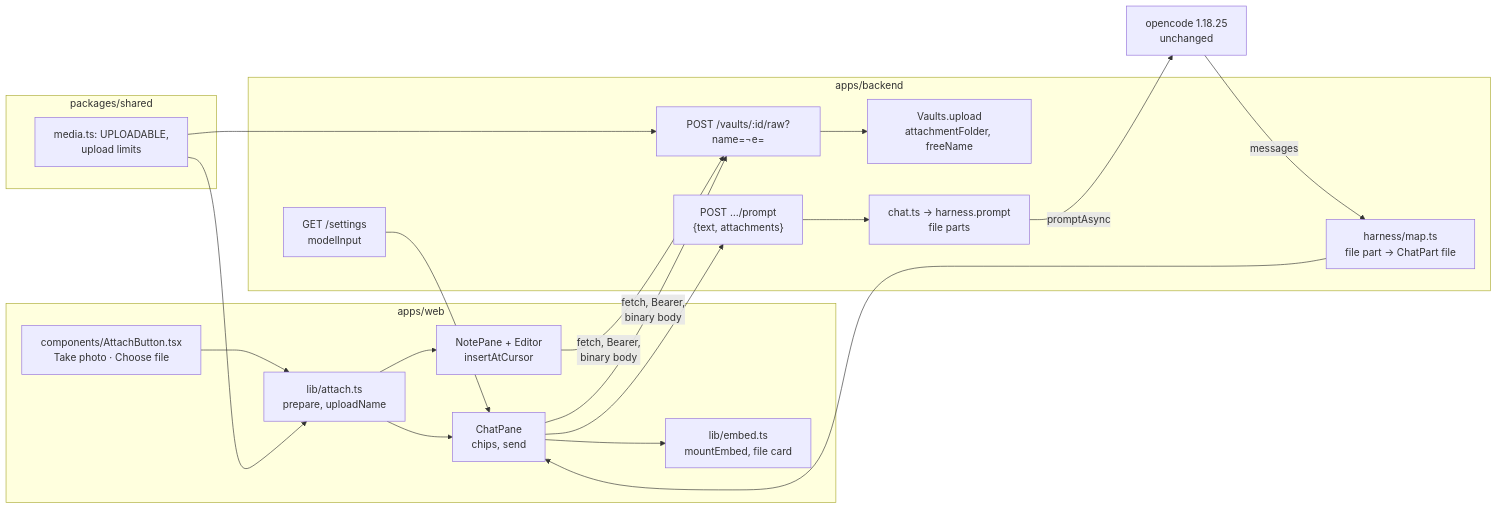
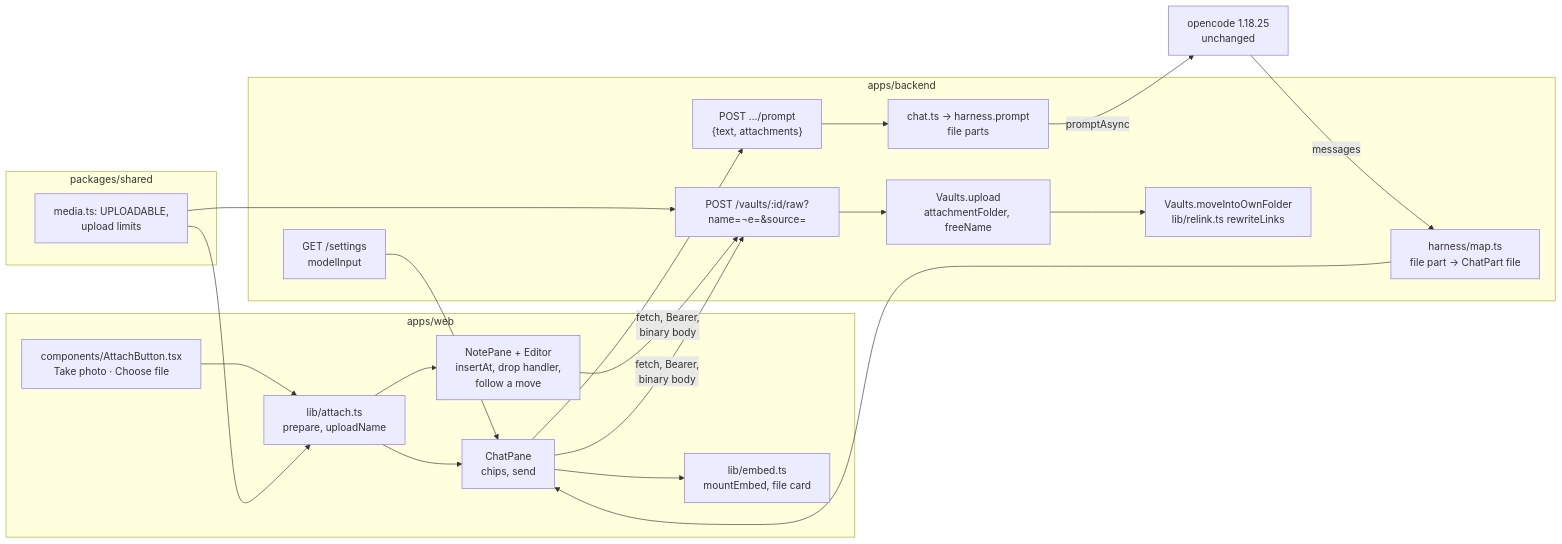
The first of 3 diagrams in specs/changes/attachments/architecture.md (tillg/karpathy.app), drawn with Mermaid before and after one commit. The commit also changed other lines of this file and 3 other files, not shown here.

First line of the commit message:
spec(attachments): own-folder rule, page move, drag and drop

````diff
--- a/specs/changes/attachments/architecture.md
+++ b/specs/changes/attachments/architecture.md
@@ -14,29 +14,30 @@
 ```mermaid
 flowchart LR
     subgraph web["apps/web"]
       AB[components/AttachButton.tsx<br/>Take photo · Choose file]
       AT[lib/attach.ts<br/>prepare, uploadName]
-      ED[NotePane + Editor<br/>insertAtCursor]
+      ED[NotePane + Editor<br/>insertAt, drop handler,<br/>follow a move]
       CP[ChatPane<br/>chips, send]
       EMB[lib/embed.ts<br/>mountEmbed, file card]
     end
     subgraph shared["packages/shared"]
       UPL[media.ts: UPLOADABLE,<br/>upload limits]
     end
     subgraph backend["apps/backend"]
-      R["POST /vaults/:id/raw?name=&note="]
+      R["POST /vaults/:id/raw?name=&note=&source="]
       U[Vaults.upload<br/>attachmentFolder, freeName]
+      MV[Vaults.moveIntoOwnFolder<br/>lib/relink.ts rewriteLinks]
       P["POST …/prompt<br/>{text, attachments}"]
       C[chat.ts → harness.prompt<br/>file parts]
       M[harness/map.ts<br/>file part → ChatPart file]
       S["GET /settings<br/>modelInput"]
     end
     O[opencode 1.18.25<br/>unchanged]
     AB --> AT --> ED & CP
-    ED & CP -->|"fetch, Bearer,<br/>binary body"| R --> U
+    ED & CP -->|"fetch, Bearer,<br/>binary body"| R --> U --> MV
     UPL --> R & AT
     CP --> P --> C -->|promptAsync| O
     O -->|messages| M --> CP
     CP --> EMB
     S --> CP
 ```
````
